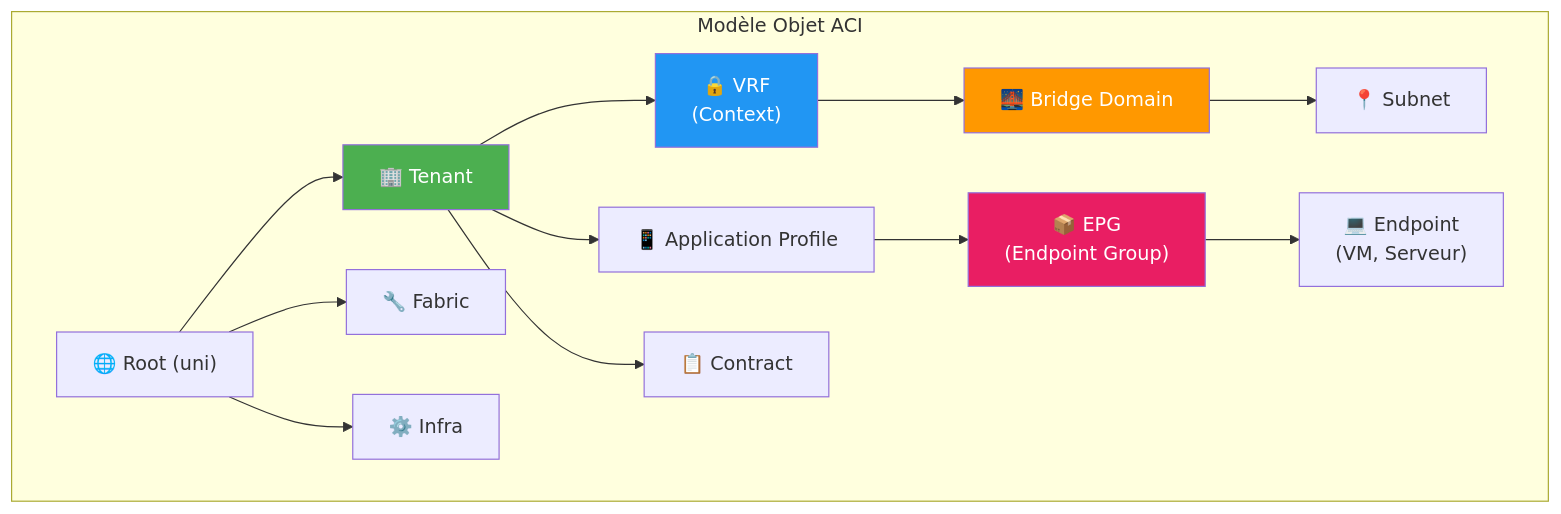
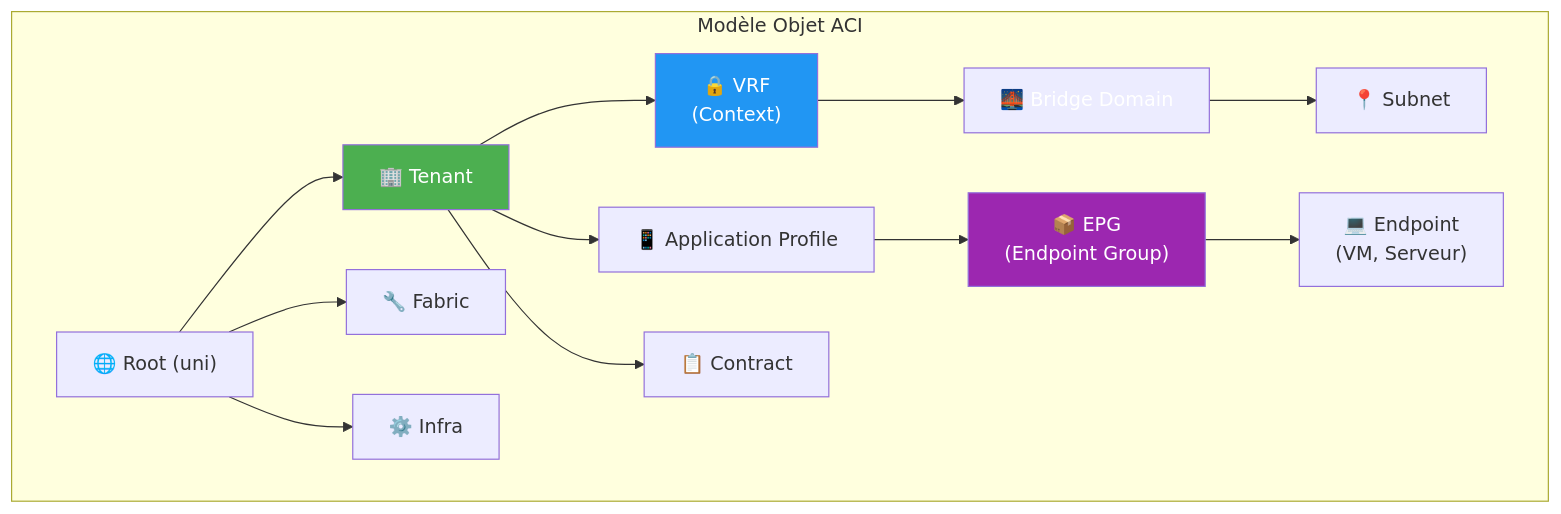
One commit to VBlackJack/ShellBook changed the first of 11 diagrams in docs/formations/terraform-aci/03-module.md. Above: the diagram before and after it, drawn with Mermaid. The commit also changed other lines of this file and 337 other files, not shown here.

First line of the commit message:
refactor(docs): Standardize code blocks and Mermaid colors

````diff
--- a/docs/formations/terraform-aci/03-module.md
+++ b/docs/formations/terraform-aci/03-module.md
@@ -35,27 +35,27 @@
 ```mermaid
 graph TB
     subgraph "Modèle Objet ACI"
         ROOT["🌐 Root (uni)"]
 
         ROOT --> TENANT["🏢 Tenant"]
         ROOT --> FABRIC["🔧 Fabric"]
         ROOT --> INFRA["⚙️ Infra"]
 
         TENANT --> VRF["🔒 VRF<br/>(Context)"]
         TENANT --> AP["📱 Application Profile"]
         TENANT --> CONTRACT["📋 Contract"]
 
         VRF --> BD["🌉 Bridge Domain"]
 
         BD --> SUBNET["📍 Subnet"]
 
         AP --> EPG["📦 EPG<br/>(Endpoint Group)"]
 
         EPG --> EP["💻 Endpoint<br/>(VM, Serveur)"]
     end
 
     style TENANT fill:#4caf50,color:#fff
     style VRF fill:#2196f3,color:#fff
-    style BD fill:#ff9800,color:#fff
-    style EPG fill:#e91e63,color:#fff
+    style BD fill:#FF9800800800,color:#fff
+    style EPG fill:#9C27B0,color:#fff
 ```
````
